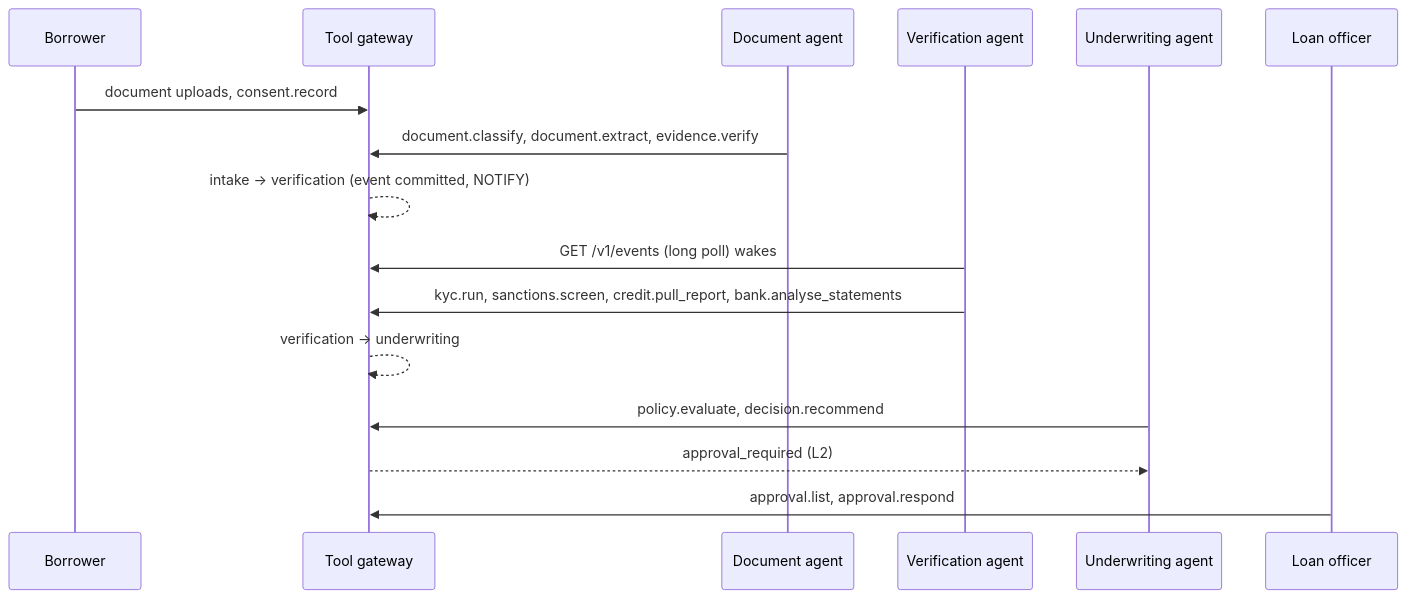
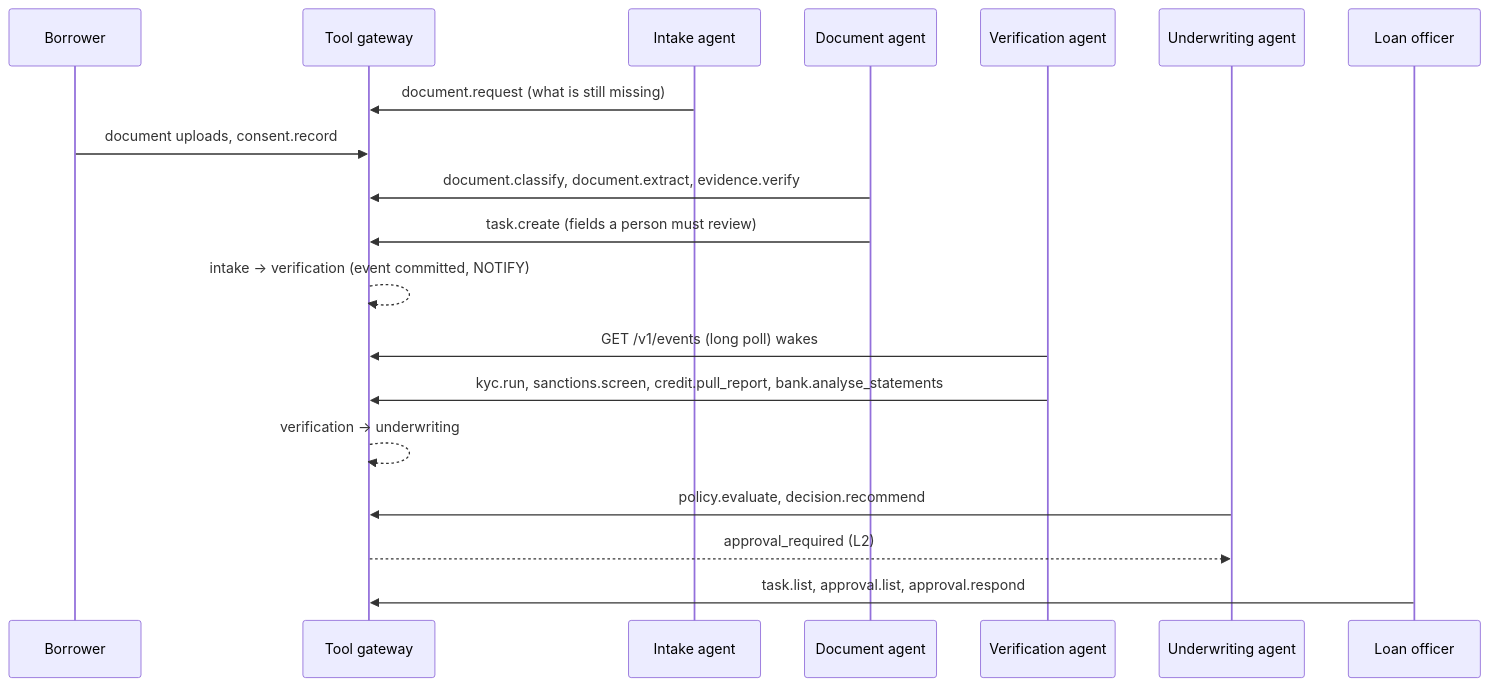
One commit to TamarindTech/TamarindLOS changed the diagram in services/agents/README.md. Above: the diagram before and after it, drawn with Mermaid. The commit also changed other lines of this file and 28 other files, not shown here.

First line of the commit message:
feat: shared task queue, recorded agent runs and an intake agent

````diff
--- a/services/agents/README.md
+++ b/services/agents/README.md
@@ -19,18 +20,21 @@
 ```mermaid
 sequenceDiagram
     participant B as Borrower
     participant G as Tool gateway
+    participant I as Intake agent
     participant D as Document agent
     participant V as Verification agent
     participant U as Underwriting agent
     participant O as Loan officer
+    I->>G: document.request (what is still missing)
     B->>G: document uploads, consent.record
     D->>G: document.classify, document.extract, evidence.verify
+    D->>G: task.create (fields a person must review)
     G-->>G: intake -> verification (event committed, NOTIFY)
     V->>G: GET /v1/events (long poll) wakes
     V->>G: kyc.run, sanctions.screen, credit.pull_report, bank.analyse_statements
     G-->>G: verification -> underwriting
     U->>G: policy.evaluate, decision.recommend
     G-->>U: approval_required (L2)
-    O->>G: approval.list, approval.respond
+    O->>G: task.list, approval.list, approval.respond
 ```
````
